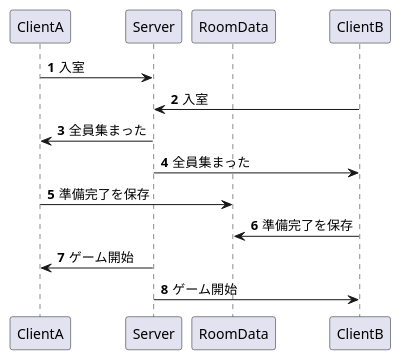
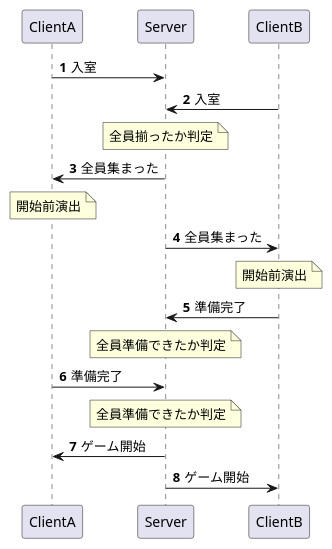
One commit to Bekomochi/RealTime-Repository changed the diagram in Document/Ready.puml. Above: the diagram before and after it, drawn with PlantUML. The commit also changed 7 other files, not shown here.

Commit message:
アニメーション同期、排他制御、水鉄砲同期のシーケンス図を追加。その他のシーケンス図の書式を訂正

```diff
--- a/Document/Ready.puml
+++ b/Document/Ready.puml
@@ -1,23 +1,27 @@
 @startuml
 'https://plantuml.com/sequence-diagram
 
 autonumber
 
 participant ClientA
 participant Server
-participant RoomData
 participant ClientB
 
 ClientA->Server:入室
 ClientB->Server:入室
+note over Server:全員揃ったか判定
 
 ClientA<-Server:全員集まった
+note over ClientA:開始前演出
 ClientB<-Server:全員集まった
+note over ClientB:開始前演出
 
-ClientA->RoomData:準備完了を保存
-ClientB->RoomData:準備完了を保存
+ClientB->Server:準備完了
+note over Server:全員準備できたか判定
+ClientA->Server:準備完了
+note over Server:全員準備できたか判定
 
 ClientA<-Server:ゲーム開始
 ClientB<-Server:ゲーム開始
 
 @enduml
```
